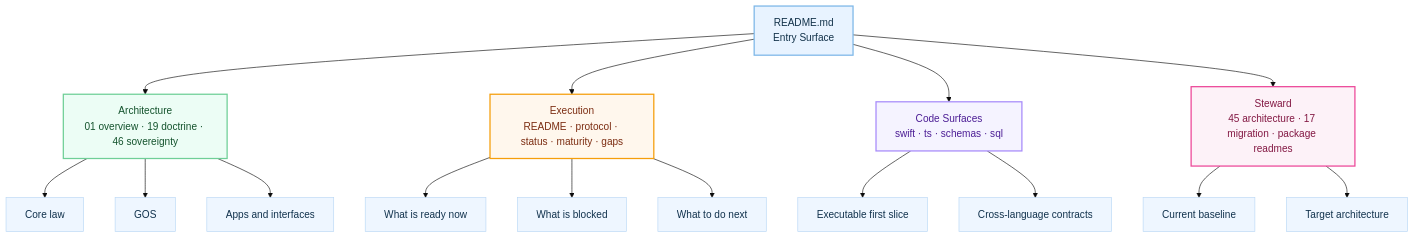
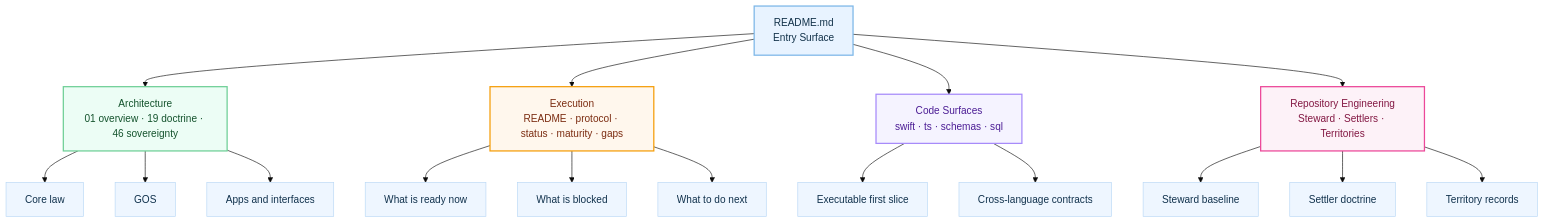
The third of 6 diagrams in README.md (myselfgus/HealthOScaffold), drawn with Mermaid before and after one commit. The commit also changed other lines of this file and 10 other files, not shown here.

Commit message:
docs: add settler territory entrypoints

````diff
--- a/README.md
+++ b/README.md
@@ -142,32 +145,33 @@
 ```mermaid
 %%{init: {'theme': 'base', 'themeVariables': {'primaryColor': '#eef6ff', 'primaryBorderColor': '#b8d7f5', 'primaryTextColor': '#11324d', 'clusterBkg': '#fbfdff', 'clusterBorder': '#d7e7f5', 'titleColor': '#0f172a', 'edgeLabelBackground': '#f8fbff', 'fontFamily': 'ui-rounded, -apple-system, BlinkMacSystemFont, sans-serif'}}}%%
 flowchart TD
     classDef entry fill:#e8f3ff,stroke:#7db7e8,stroke-width:2px,color:#12324a
     classDef arch fill:#ecfdf5,stroke:#6fcf97,stroke-width:2px,color:#14532d
     classDef exec fill:#fff7ed,stroke:#f59e0b,stroke-width:2px,color:#7c2d12
     classDef code fill:#f5f3ff,stroke:#a78bfa,stroke-width:2px,color:#4c1d95
     classDef steward fill:#fdf2f8,stroke:#ec4899,stroke-width:2px,color:#831843
 
     R[README.md\nEntry Surface]:::entry
 
     A1[Architecture\n01 overview · 19 doctrine · 46 sovereignty]:::arch
     A2[Execution\nREADME · protocol · status · maturity · gaps]:::exec
     A3[Code Surfaces\nswift · ts · schemas · sql]:::code
-    A4[Steward\n45 architecture · 17 migration · package readmes]:::steward
+    A4[Repository Engineering\nSteward · Settlers · Territories]:::steward
 
     R --> A1
     R --> A2
     R --> A3
     R --> A4
 
     A1 --> A11[Core law]
     A1 --> A12[GOS]
     A1 --> A13[Apps and interfaces]
     A2 --> A21[What is ready now]
     A2 --> A22[What is blocked]
     A2 --> A23[What to do next]
     A3 --> A31[Executable first slice]
     A3 --> A32[Cross-language contracts]
-    A4 --> A41[Current baseline]
-    A4 --> A42[Target architecture]
+    A4 --> A41[Steward baseline]
+    A4 --> A42[Settler doctrine]
+    A4 --> A43[Territory records]
 ```
````
